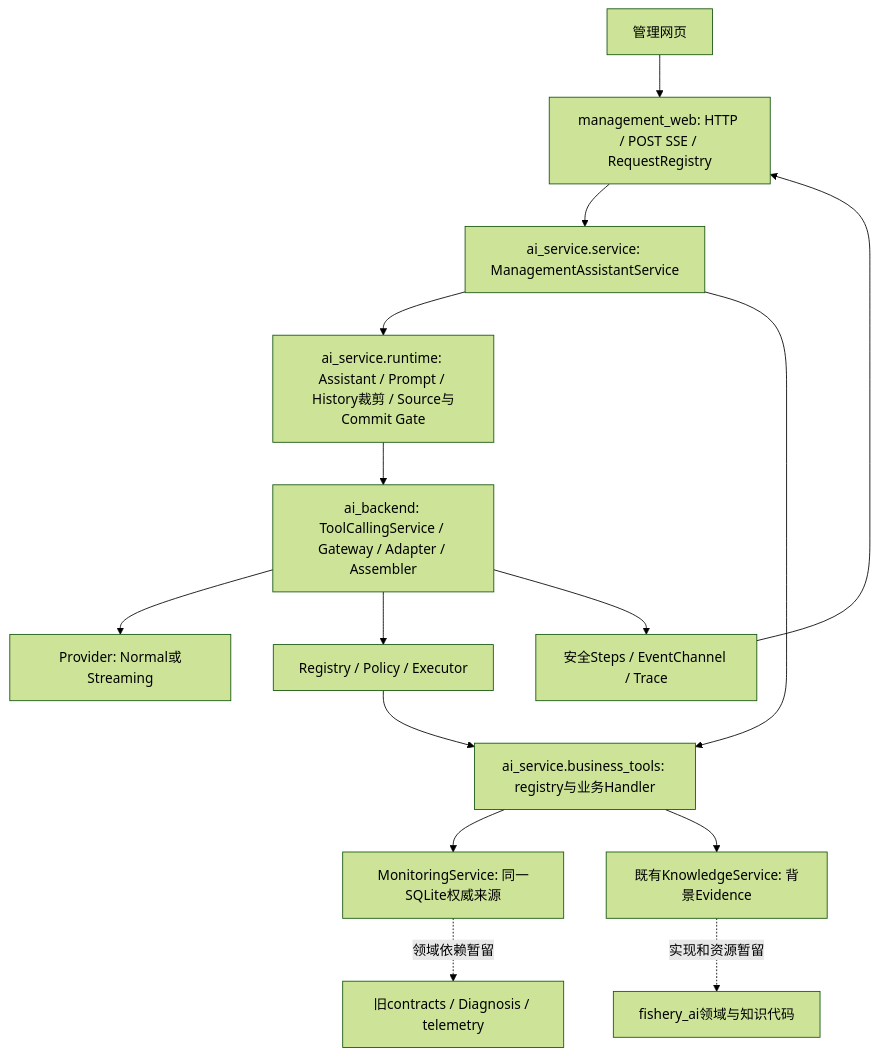
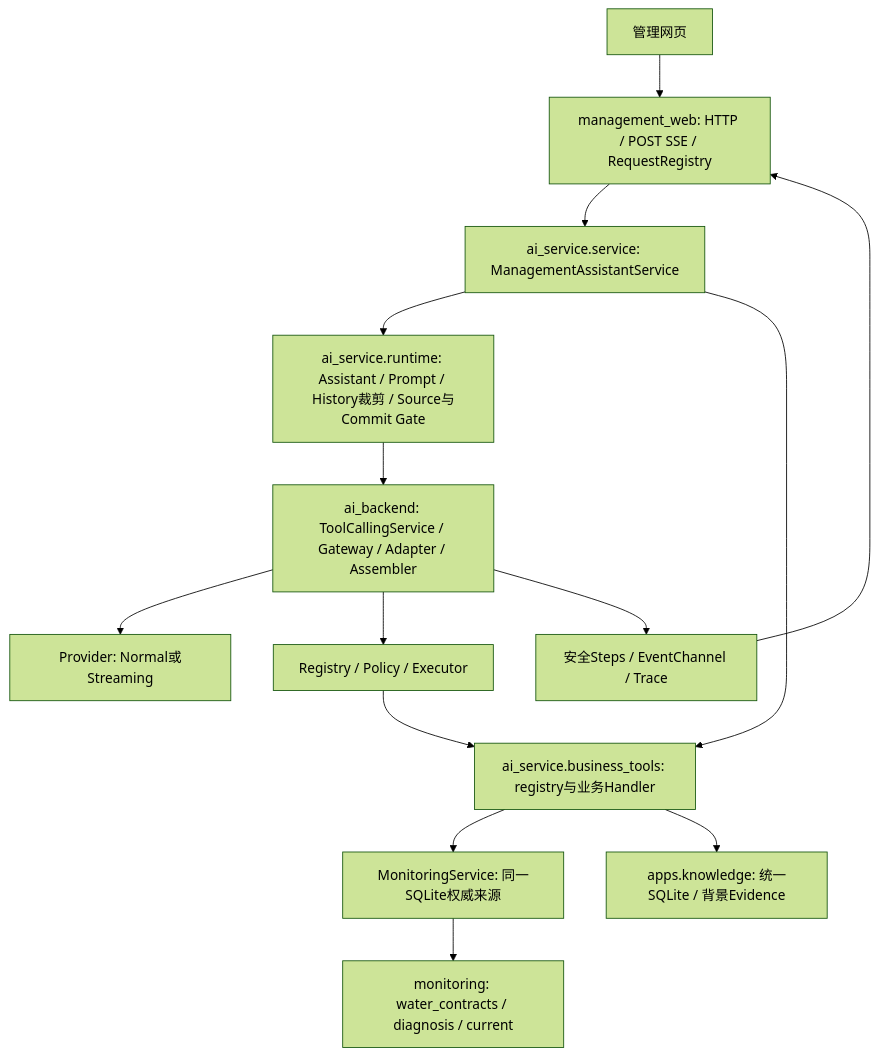
The diagram in apps/docs/deep-dive/AI_BACKEND_DEVELOPMENT_GUIDE.md (Mikorchara/FisheryAgent), drawn with Mermaid (forest theme) before and after one commit. The commit also changed other lines of this file and 26 other files, not shown here.

````diff
--- a/apps/docs/deep-dive/AI_BACKEND_DEVELOPMENT_GUIDE.md
+++ b/apps/docs/deep-dive/AI_BACKEND_DEVELOPMENT_GUIDE.md
@@ -24,17 +24,16 @@
 ```mermaid
 flowchart TD
     UI[管理网页] --> HTTP[management_web: HTTP / POST SSE / RequestRegistry]
     HTTP --> SERVICE[ai_service.service: ManagementAssistantService]
     SERVICE --> BUSINESS[ai_service.runtime: Assistant / Prompt / History裁剪 / Source与Commit Gate]
     SERVICE --> BIND[ai_service.business_tools: registry与业务Handler]
     BUSINESS --> BACKEND[ai_backend: ToolCallingService / Gateway / Adapter / Assembler]
     BACKEND --> PROVIDER[Provider: Normal或Streaming]
     BACKEND --> EXEC[Registry / Policy / Executor]
     EXEC --> BIND
     BIND --> MON[MonitoringService: 同一SQLite权威来源]
-    BIND --> KNOW[既有KnowledgeService: 背景Evidence]
-    MON -. 领域依赖暂留 .-> DOMAIN[旧contracts / Diagnosis / telemetry]
-    KNOW -. 实现和资源暂留 .-> OLD[fishery_ai领域与知识代码]
+    BIND --> KNOW[apps.knowledge: 统一SQLite / 背景Evidence]
+    MON --> DOMAIN[monitoring: water_contracts / diagnosis / current]
     BACKEND --> EVENTS[安全Steps / EventChannel / Trace]
     EVENTS --> HTTP
 ```
````
